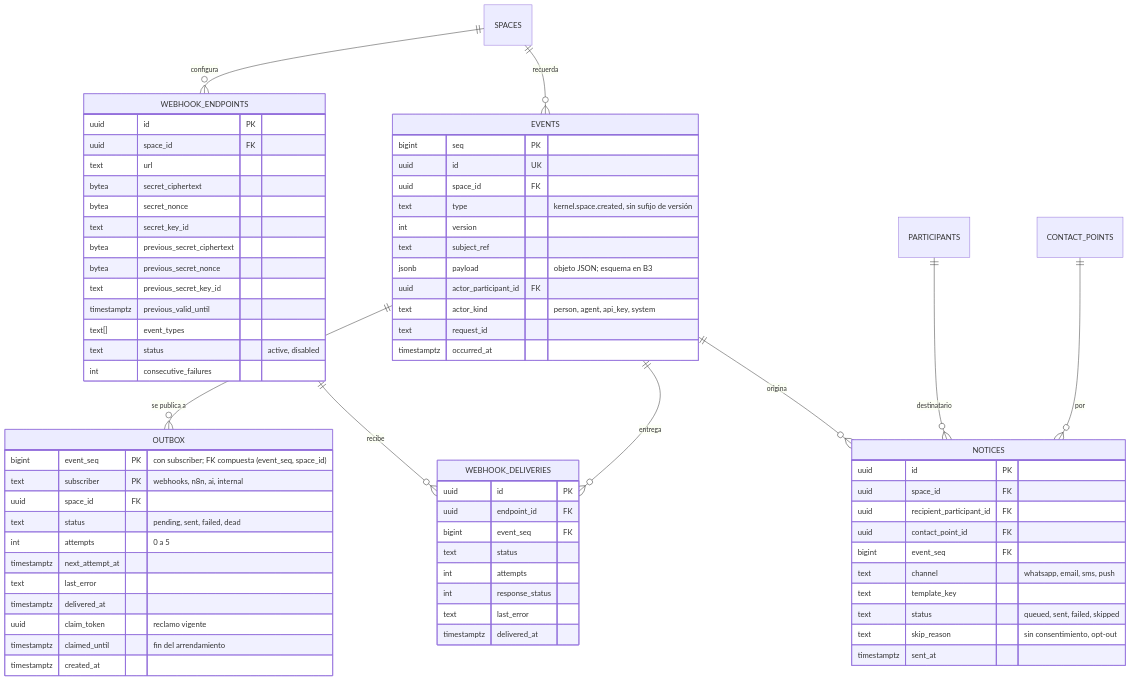
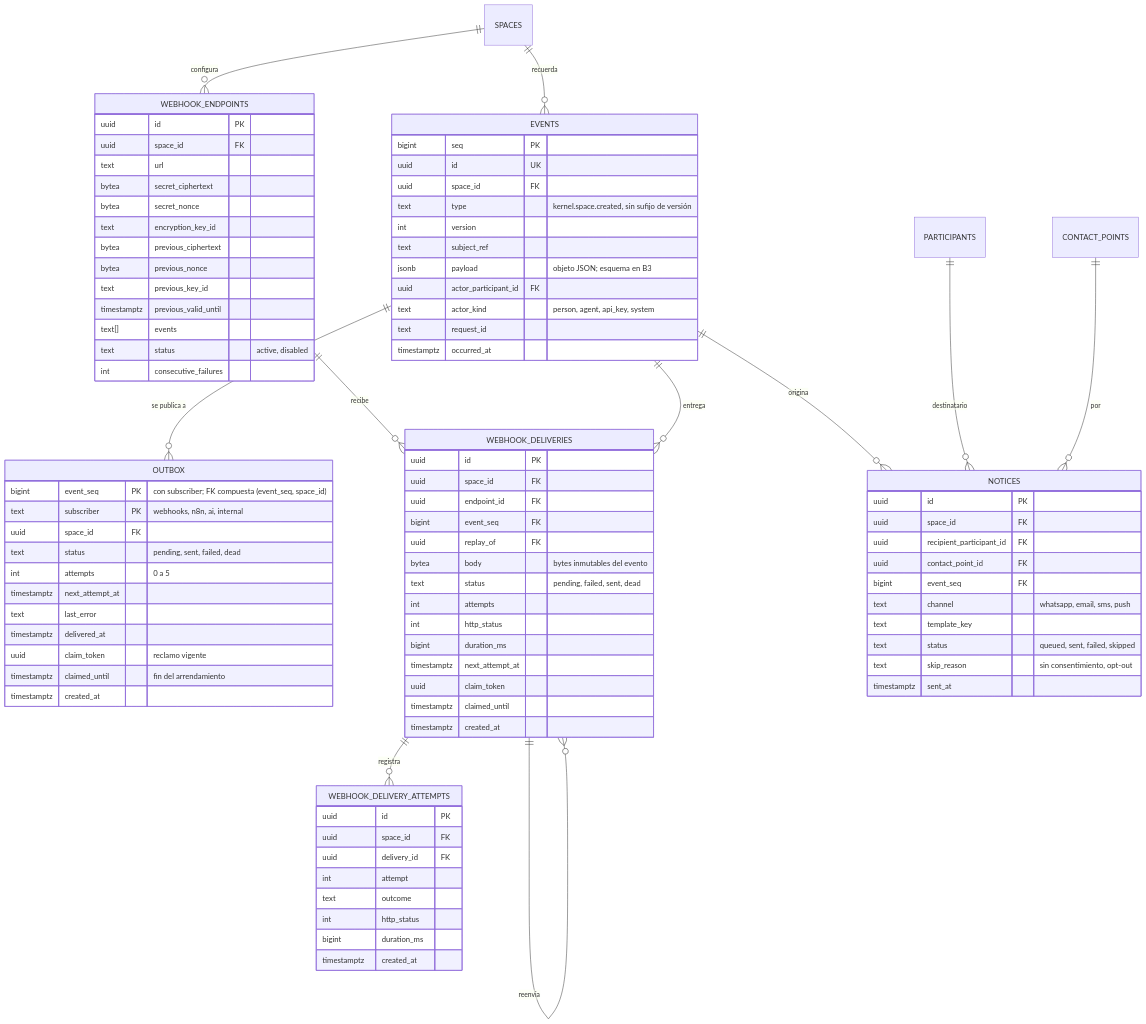
The fourth of 5 diagrams in docs/02-arquitectura/modelo-de-datos/kernel.md (NexusThrive/nexusthrive), drawn with Mermaid before and after one commit. The commit also changed other lines of this file and 22 other files, not shown here.

Commit message:
feat(gateway): rotate webhook secrets and replay failed deliveries

```diff
--- a/docs/02-arquitectura/modelo-de-datos/kernel.md
+++ b/docs/02-arquitectura/modelo-de-datos/kernel.md
@@ -287,6 +287,8 @@
     SPACES ||--o{ WEBHOOK_ENDPOINTS : "configura"
     WEBHOOK_ENDPOINTS ||--o{ WEBHOOK_DELIVERIES : "recibe"
     EVENTS ||--o{ WEBHOOK_DELIVERIES : "entrega"
+    WEBHOOK_DELIVERIES ||--o{ WEBHOOK_DELIVERY_ATTEMPTS : "registra"
+    WEBHOOK_DELIVERIES ||--o{ WEBHOOK_DELIVERIES : "reenvia"
     EVENTS ||--o{ NOTICES : "origina"
     PARTICIPANTS ||--o{ NOTICES : "destinatario"
     CONTACT_POINTS ||--o{ NOTICES : "por"
@@ -323,24 +325,40 @@
         text url
         bytea secret_ciphertext
         bytea secret_nonce
-        text secret_key_id
-        bytea previous_secret_ciphertext
-        bytea previous_secret_nonce
-        text previous_secret_key_id
+        text encryption_key_id
+        bytea previous_ciphertext
+        bytea previous_nonce
+        text previous_key_id
         timestamptz previous_valid_until
-        text[] event_types
+        text[] events
         text status "active, disabled"
         int consecutive_failures
     }
     WEBHOOK_DELIVERIES {
         uuid id PK
+        uuid space_id FK
         uuid endpoint_id FK
         bigint event_seq FK
-        text status
+        uuid replay_of FK
+        bytea body "bytes inmutables del evento"
+        text status "pending, failed, sent, dead"
         int attempts
-        int response_status
-        text last_error
-        timestamptz delivered_at
+        int http_status
+        bigint duration_ms
+        timestamptz next_attempt_at
+        uuid claim_token
+        timestamptz claimed_until
+        timestamptz created_at
+    }
+    WEBHOOK_DELIVERY_ATTEMPTS {
+        uuid id PK
+        uuid space_id FK
+        uuid delivery_id FK
+        int attempt
+        text outcome
+        int http_status
+        bigint duration_ms
+        timestamptz created_at
     }
     NOTICES {
         uuid id PK
```
